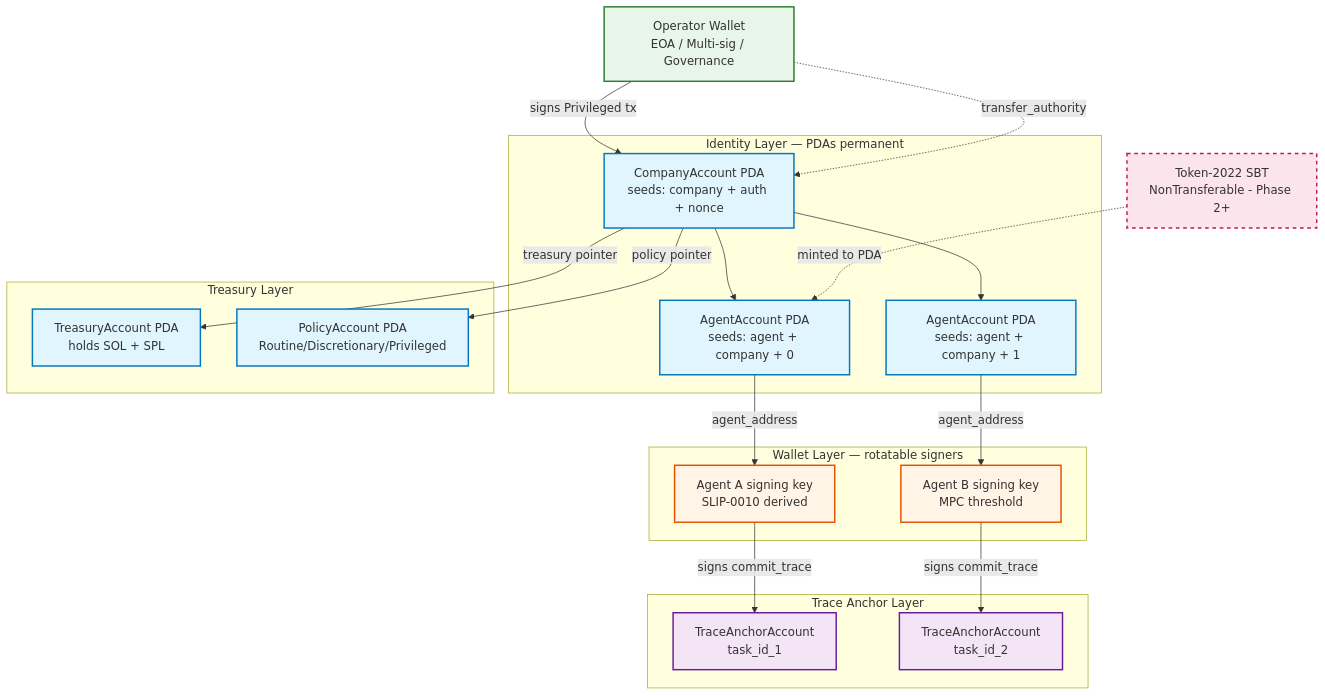
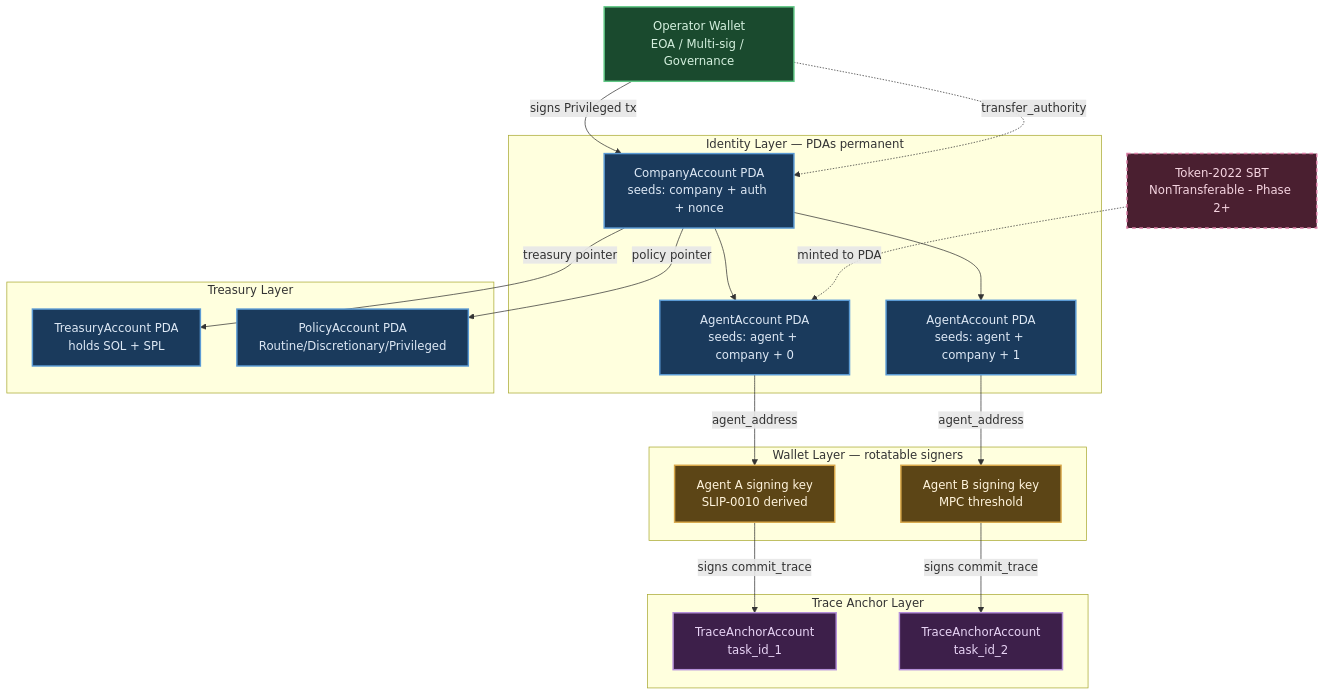
Before and after one commit to Occa-Labs/occa-core: the diagram in docs/diagrams/identity-layered.mmd, drawn with Mermaid. The commit also changed 105 other files, not shown here.

```diff
--- a/docs/diagrams/identity-layered.mmd
+++ b/docs/diagrams/identity-layered.mmd
@@ -1,49 +1,49 @@
 graph TB
     OP[Operator Wallet<br/>EOA / Multi-sig / Governance]
 
     subgraph Identity["Identity Layer — PDAs permanent"]
         CO[CompanyAccount PDA<br/>seeds: company + auth + nonce]
         AG1[AgentAccount PDA<br/>seeds: agent + company + 0]
         AG2[AgentAccount PDA<br/>seeds: agent + company + 1]
     end
 
     subgraph Treasury["Treasury Layer"]
         TR[TreasuryAccount PDA<br/>holds SOL + SPL]
         PO[PolicyAccount PDA<br/>Routine/Discretionary/Privileged]
     end
 
     subgraph Wallet["Wallet Layer — rotatable signers"]
         W1[Agent A signing key<br/>SLIP-0010 derived]
         W2[Agent B signing key<br/>MPC threshold]
     end
 
     subgraph Trace["Trace Anchor Layer"]
         TA1[TraceAnchorAccount<br/>task_id_1]
         TA2[TraceAnchorAccount<br/>task_id_2]
     end
 
     SBT[Token-2022 SBT<br/>NonTransferable - Phase 2+]
 
     OP -->|signs Privileged tx| CO
     OP -.->|transfer_authority| CO
     CO -->|treasury pointer| TR
     CO -->|policy pointer| PO
     CO --> AG1
     CO --> AG2
     AG1 -->|agent_address| W1
     AG2 -->|agent_address| W2
     W1 -->|signs commit_trace| TA1
     W2 -->|signs commit_trace| TA2
     SBT -.->|minted to PDA| AG1
 
-    classDef pda fill:#e1f5ff,stroke:#0277bd,stroke-width:2px
-    classDef wallet fill:#fff4e6,stroke:#e65100,stroke-width:2px
-    classDef trace fill:#f3e5f5,stroke:#6a1b9a,stroke-width:2px
-    classDef badge fill:#fce4ec,stroke:#c2185b,stroke-width:2px,stroke-dasharray: 5 5
-    classDef op fill:#e8f5e9,stroke:#2e7d32,stroke-width:2px
+    classDef pda fill:#1a3a5c,stroke:#5b9bd5,color:#dde8f5,stroke-width:2px
+    classDef wallet fill:#5c4516,stroke:#d9a84a,color:#fff4dc,stroke-width:2px
+    classDef trace fill:#3d1f4a,stroke:#b48fd9,color:#e8d4f5,stroke-width:2px
+    classDef badge fill:#4a1f30,stroke:#d97da4,color:#f5d4e0,stroke-width:2px,stroke-dasharray: 5 5
+    classDef op fill:#1a4a2e,stroke:#5fc784,color:#d4f0de,stroke-width:2px
 
     class CO,AG1,AG2,TR,PO pda
     class W1,W2 wallet
     class TA1,TA2 trace
     class SBT badge
     class OP op
```
